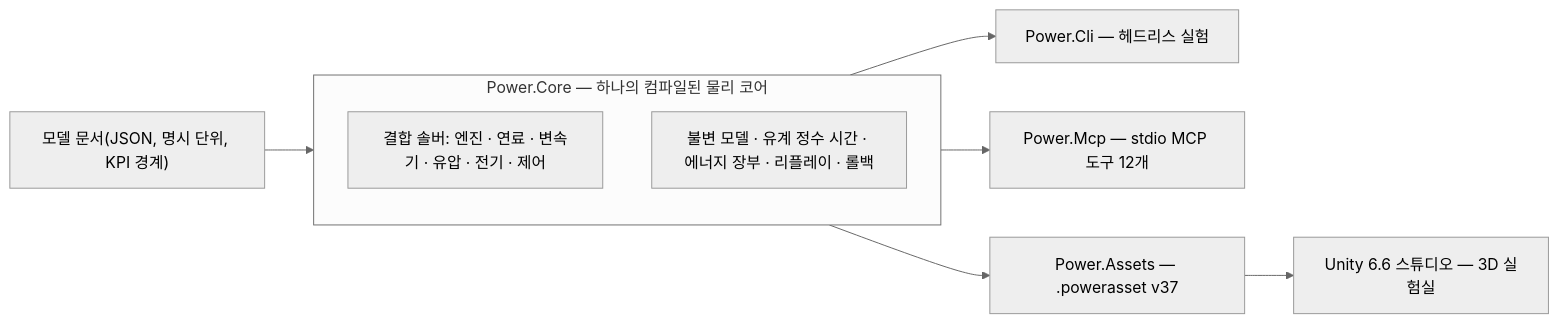
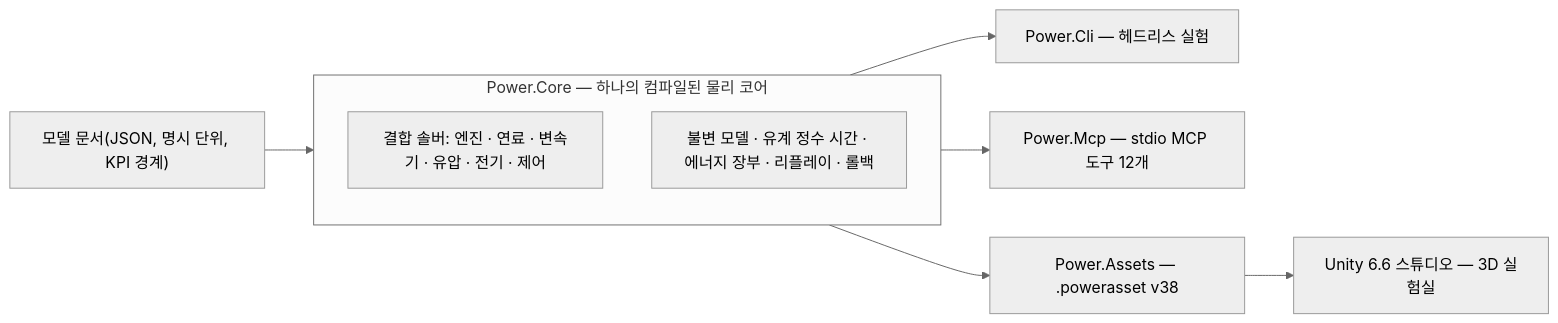
One commit to Water-Run/Power changed the diagram in README.ko.md. Above: the diagram before and after it, drawn with Mermaid (neutral theme). The commit also changed other lines of this file and 252 other files, not shown here.

````diff
--- a/README.ko.md
+++ b/README.ko.md
@@ -13,18 +13,18 @@
 ```mermaid
 flowchart LR
     model["모델 문서(JSON, 명시 단위, KPI 경계)"]
     subgraph core["Power.Core — 하나의 컴파일된 물리 코어"]
         solvers["결합 솔버: 엔진 · 연료 · 변속기 · 유압 · 전기 · 제어"]
         invariants["불변 모델 · 유계 정수 시간 · 에너지 장부 · 리플레이 · 롤백"]
     end
     cli["Power.Cli — 헤드리스 실험"]
     mcp["Power.Mcp — stdio MCP 도구 12개"]
-    assets["Power.Assets — .powerasset v37"]
+    assets["Power.Assets — .powerasset v38"]
     unity["Unity 6.6 스튜디오 — 3D 실험실"]
 
     model --> core
     core --> cli
     core --> mcp
     core --> assets
     assets --> unity
 ```
````
